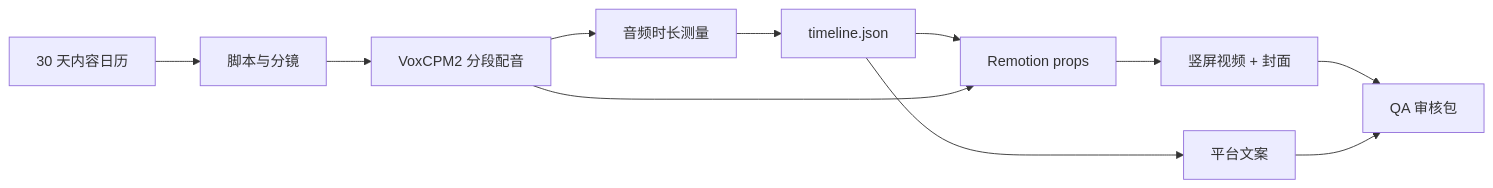
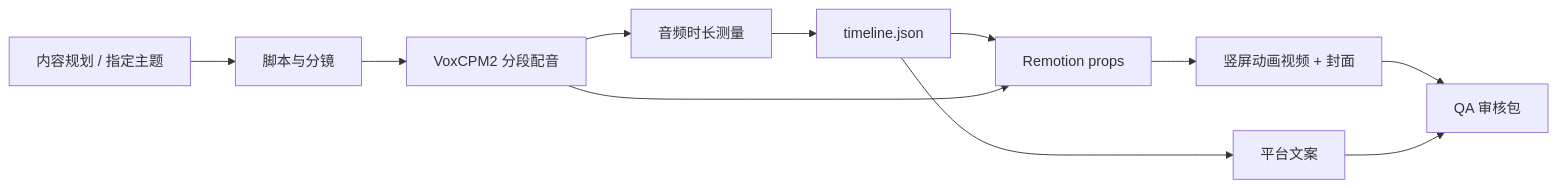
Before and after one commit to PoseZhaoyutao/zhimian-video-studio: the diagram in README.md, drawn with Mermaid. The commit also changed other lines of this file and 21 other files, not shown here.

````diff
--- a/README.md
+++ b/README.md
@@ -97,13 +131,13 @@
 ```mermaid
 flowchart LR
-  A["30 天内容日历"] --> B["脚本与分镜"]
+  A["内容规划 / 指定主题"] --> B["脚本与分镜"]
   B --> C["VoxCPM2 分段配音"]
   C --> D["音频时长测量"]
   D --> E["timeline.json"]
   E --> F["Remotion props"]
   C --> F
-  F --> G["竖屏视频 + 封面"]
+  F --> G["竖屏动画视频 + 封面"]
   E --> H["平台文案"]
   G --> I["QA 审核包"]
   H --> I
 ```
````
